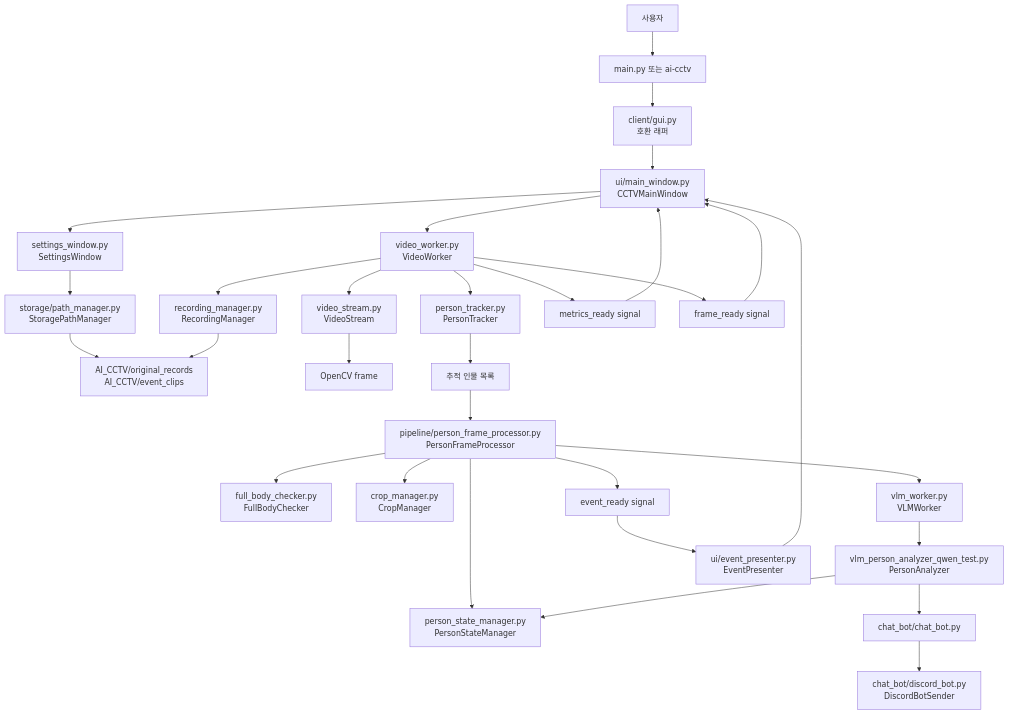
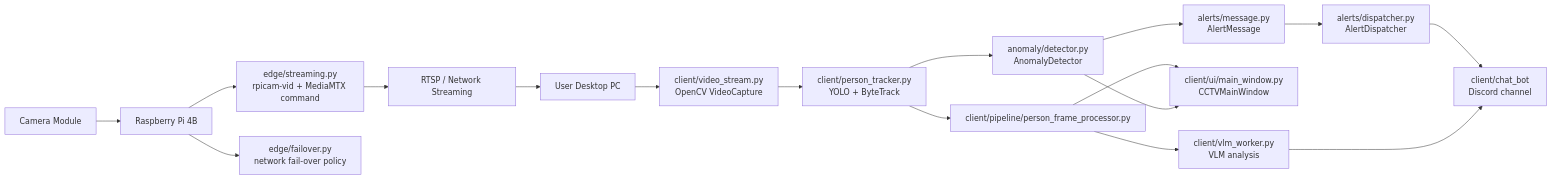
One commit to taegyu-heo-bigstar/AI_CCTV changed the first of 2 diagrams in flow.md. Above: the diagram before and after it, drawn with Mermaid. The commit also changed other lines of this file and 18 other files, not shown here.

````diff
--- a/flow.md
+++ b/flow.md
@@ -32,40 +31,19 @@
 ```mermaid
-flowchart TD
-    User["사용자"] --> Entrypoint["main.py 또는 ai-cctv"]
-    Entrypoint --> GUIWrapper["client/gui.py<br/>호환 래퍼"]
-    GUIWrapper --> MainWindow["ui/main_window.py<br/>CCTVMainWindow"]
-
-    MainWindow --> Settings["settings_window.py<br/>SettingsWindow"]
-    Settings --> StoragePaths["storage/path_manager.py<br/>StoragePathManager"]
-    StoragePaths --> Folders["AI_CCTV/original_records<br/>AI_CCTV/event_clips"]
-
-    MainWindow --> Worker["video_worker.py<br/>VideoWorker"]
-    Worker --> Stream["video_stream.py<br/>VideoStream"]
-    Stream --> Frame["OpenCV frame"]
-
-    Worker --> Tracker["person_tracker.py<br/>PersonTracker"]
-    Tracker --> Persons["추적 인물 목록"]
-    Persons --> Processor["pipeline/person_frame_processor.py<br/>PersonFrameProcessor"]
-
-    Processor --> BodyCheck["full_body_checker.py<br/>FullBodyChecker"]
-    Processor --> State["person_state_manager.py<br/>PersonStateManager"]
-    Processor --> Crop["crop_manager.py<br/>CropManager"]
-    Processor --> VLMQueue["vlm_worker.py<br/>VLMWorker"]
-
-    Worker --> Recorder["recording_manager.py<br/>RecordingManager"]
-    Recorder --> Folders
-
-    VLMQueue --> Analyzer["vlm_person_analyzer_qwen_test.py<br/>PersonAnalyzer"]
-    Analyzer --> State
-    Analyzer --> Chatbot["chat_bot/chat_bot.py"]
-    Chatbot --> Discord["chat_bot/discord_bot.py<br/>DiscordBotSender"]
-
-    Processor --> Events["event_ready signal"]
-    Worker --> Metrics["metrics_ready signal"]
-    Worker --> RenderedFrame["frame_ready signal"]
-
-    Events --> Presenter["ui/event_presenter.py<br/>EventPresenter"]
-    Presenter --> MainWindow
-    Metrics --> MainWindow
-    RenderedFrame --> MainWindow
+flowchart LR
+    Camera["Camera Module"] --> Pi["Raspberry Pi 4B"]
+    Pi --> EdgeStream["edge/streaming.py<br/>rpicam-vid + MediaMTX command"]
+    Pi --> EdgeFailover["edge/failover.py<br/>network fail-over policy"]
+    EdgeStream --> RTSP["RTSP / Network Streaming"]
+    RTSP --> PC["User Desktop PC"]
+    PC --> VideoStream["client/video_stream.py<br/>OpenCV VideoCapture"]
+    VideoStream --> Tracker["client/person_tracker.py<br/>YOLO + ByteTrack"]
+    Tracker --> Processor["client/pipeline/person_frame_processor.py"]
+    Tracker --> Anomaly["anomaly/detector.py<br/>AnomalyDetector"]
+    Anomaly --> AlertMessage["alerts/message.py<br/>AlertMessage"]
+    AlertMessage --> AlertDispatcher["alerts/dispatcher.py<br/>AlertDispatcher"]
+    AlertDispatcher --> Chatbot["client/chat_bot<br/>Discord channel"]
+    Processor --> GUI["client/ui/main_window.py<br/>CCTVMainWindow"]
+    Anomaly --> GUI
+    Processor --> VLM["client/vlm_worker.py<br/>VLM analysis"]
+    VLM --> Chatbot
 ```
````
